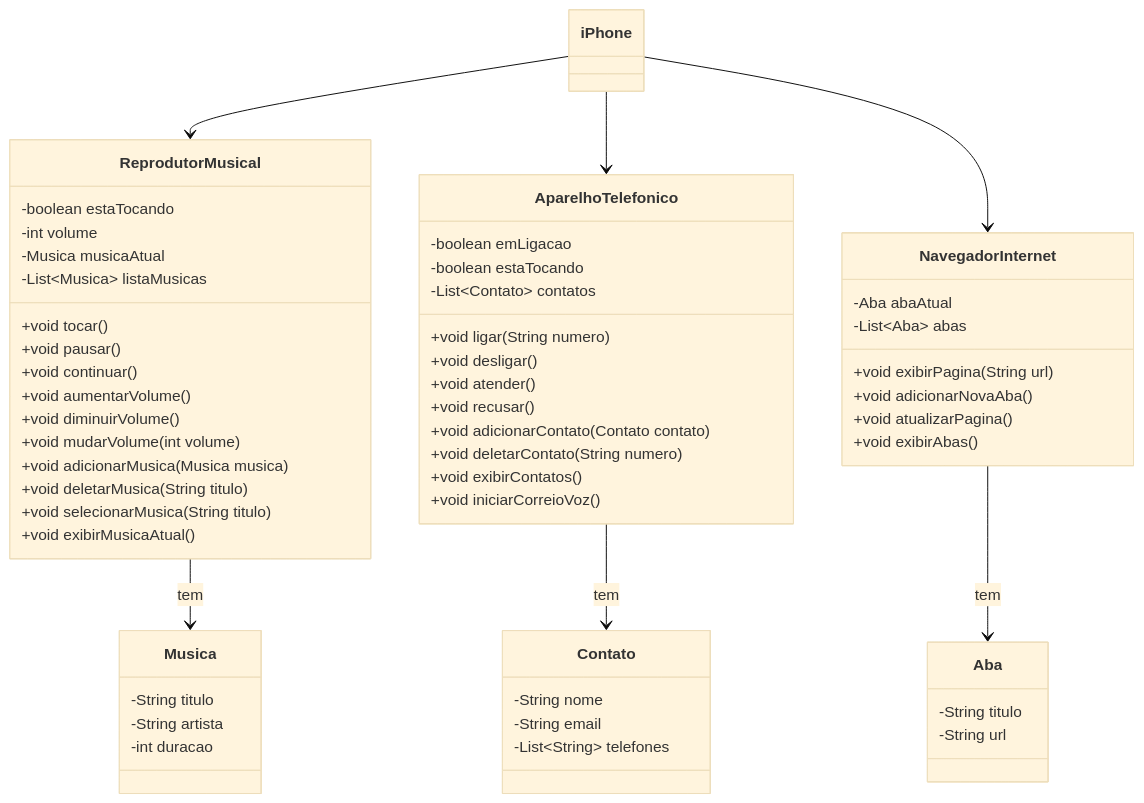
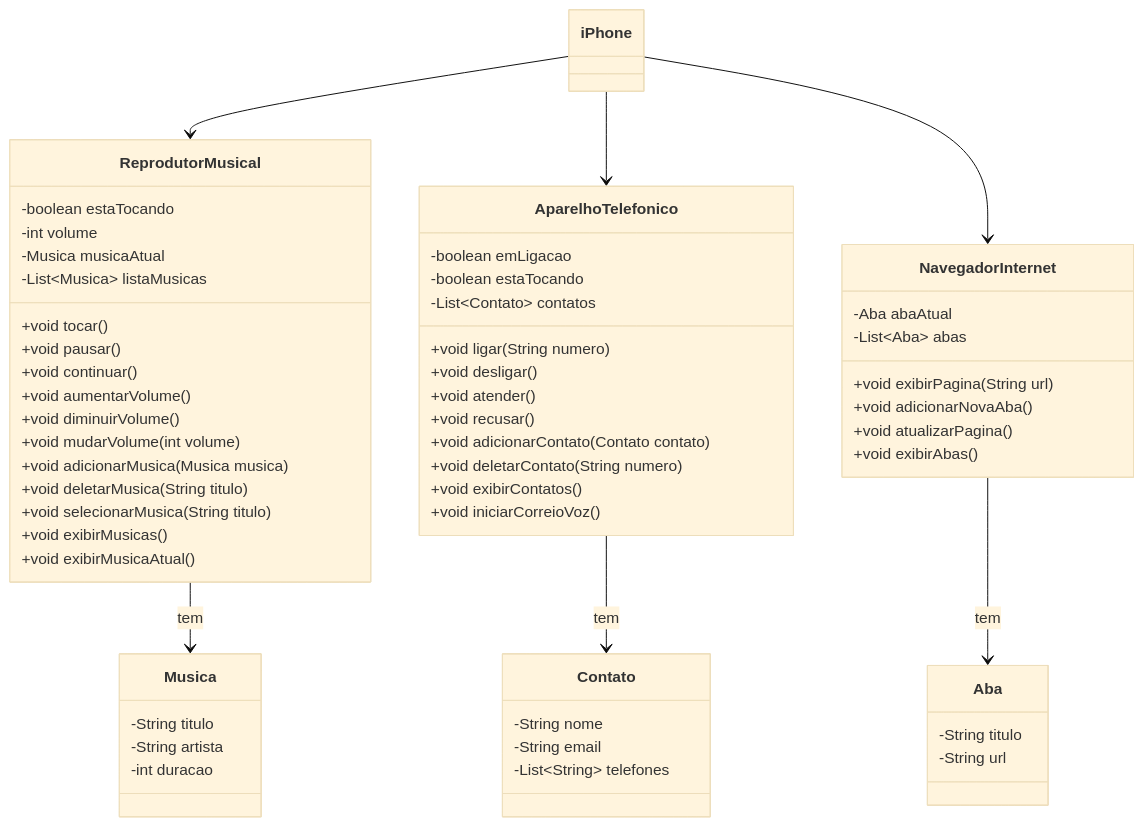
The first of 4 diagrams in README.md (GracilianoOG/dio-iphone-uml), drawn with Mermaid (base theme) before and after one commit.

Commit message:
Add method exibirMusicas

````diff
--- a/README.md
+++ b/README.md
@@ -16,75 +16,76 @@
 ```mermaid
 classDiagram
     direction TB
 
     class iPhone {
 
     }
 
     class ReprodutorMusical {
         -boolean estaTocando
         -int volume
         -Musica musicaAtual
         -List~Musica~ listaMusicas
 
         +void tocar()
         +void pausar()
         +void continuar()
         +void aumentarVolume()
         +void diminuirVolume()
         +void mudarVolume(int volume)
         +void adicionarMusica(Musica musica)
         +void deletarMusica(String titulo)
         +void selecionarMusica(String titulo)
+        +void exibirMusicas()
         +void exibirMusicaAtual()
     }
 
     class AparelhoTelefonico {
         -boolean emLigacao
         -boolean estaTocando
         -List~Contato~ contatos
 
         +void ligar(String numero)
         +void desligar()
         +void atender()
         +void recusar()
         +void adicionarContato(Contato contato)
         +void deletarContato(String numero)
         +void exibirContatos()
         +void iniciarCorreioVoz()
     }
 
     class NavegadorInternet {
         -Aba abaAtual
         -List~Aba~ abas
 
         +void exibirPagina(String url)
         +void adicionarNovaAba()
         +void atualizarPagina()
         +void exibirAbas()
     }
 
     class Musica {
         -String titulo
         -String artista
         -int duracao
     }
 
     class Contato {
         -String nome
         -String email
         -List~String~ telefones
     }
 
     class Aba {
         -String titulo
         -String url
     }
 
     iPhone --> ReprodutorMusical
     iPhone --> AparelhoTelefonico
     iPhone --> NavegadorInternet
     ReprodutorMusical --> Musica : tem
     AparelhoTelefonico --> Contato : tem
     NavegadorInternet --> Aba : tem
 ```
````
